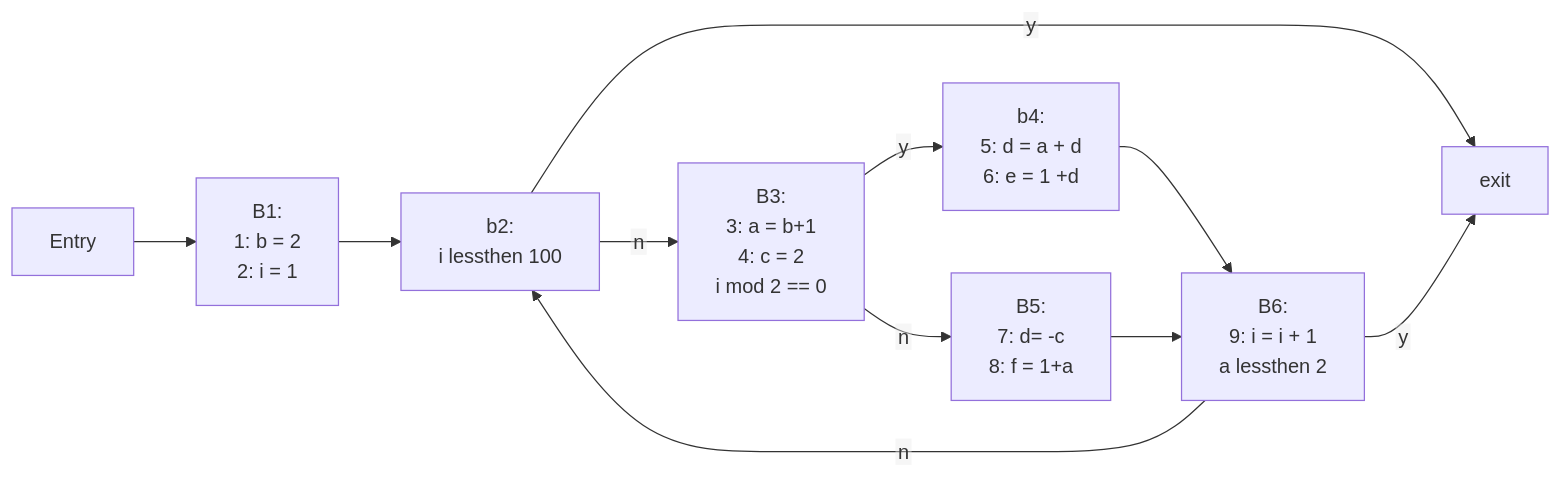
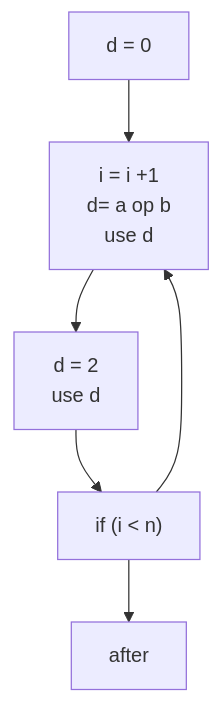
One commit to normrubin/normrubin.github.io changed the fifth of 5 diagrams in lectures/05b_licm.qmd. Above: the diagram before and after it, drawn with Mermaid. The commit also changed other lines of this file and 2 other files, not shown here.

````diff
--- a/lectures/05b_licm.qmd
+++ b/lectures/05b_licm.qmd
@@ -164,33 +259,15 @@
 ```{mermaid}
 %%{init: {"flowchart": {"htmlLabels": false}} }%%
-    graph  LR;
-B1["B1:
-     1: b = 2
-     2: i = 1"]
 
-B2["b2:
-   i lessthen 100"]
-B3["B3:
-   3: a = b+1
-   4: c = 2
-   i mod 2 == 0"]
-B4["b4: 
-    5: d = a + d 
-    6: e = 1 +d"]
-B5["B5:
-    7: d= -c
-    8: f = 1+a"]
-B6["B6:
-  9: i = i + 1
-     a lessthen 2"]
-Entry --> B1
-B1--> B2
-B2 -- y -->exit;
-B2 --n --> B3
-B3 --y --> B4
-B3 --n --> B5
-B4--> B6
-B5 --> B6
-B6 --y --> exit
-B6 --n --> B2
+graph TB
+pre["d = 0"]
+L1["i = i +1\n d= a op b\n use d"]
+L2["d = 2\n use d"]
+L3["if (i < n)"]
+pre--> L1
+L1--> L2
+L2--> L3
+L3--> after
+L3 --> L1
+
 ```
````
